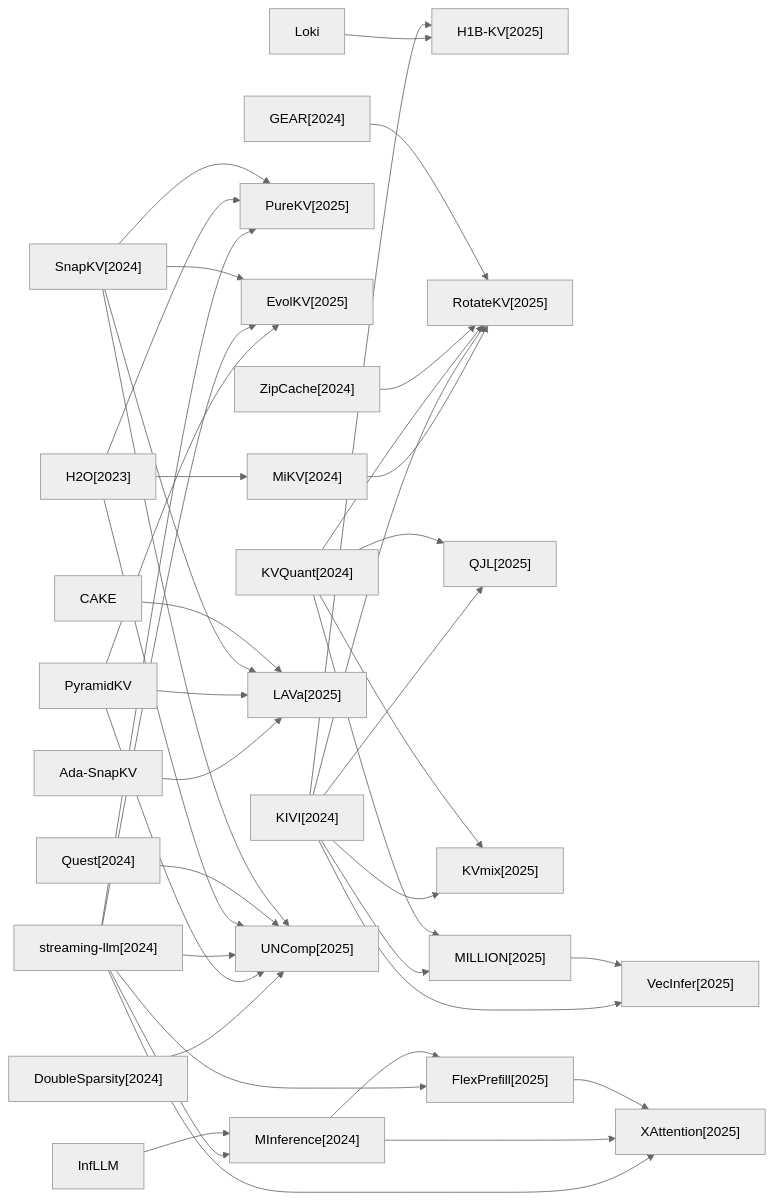
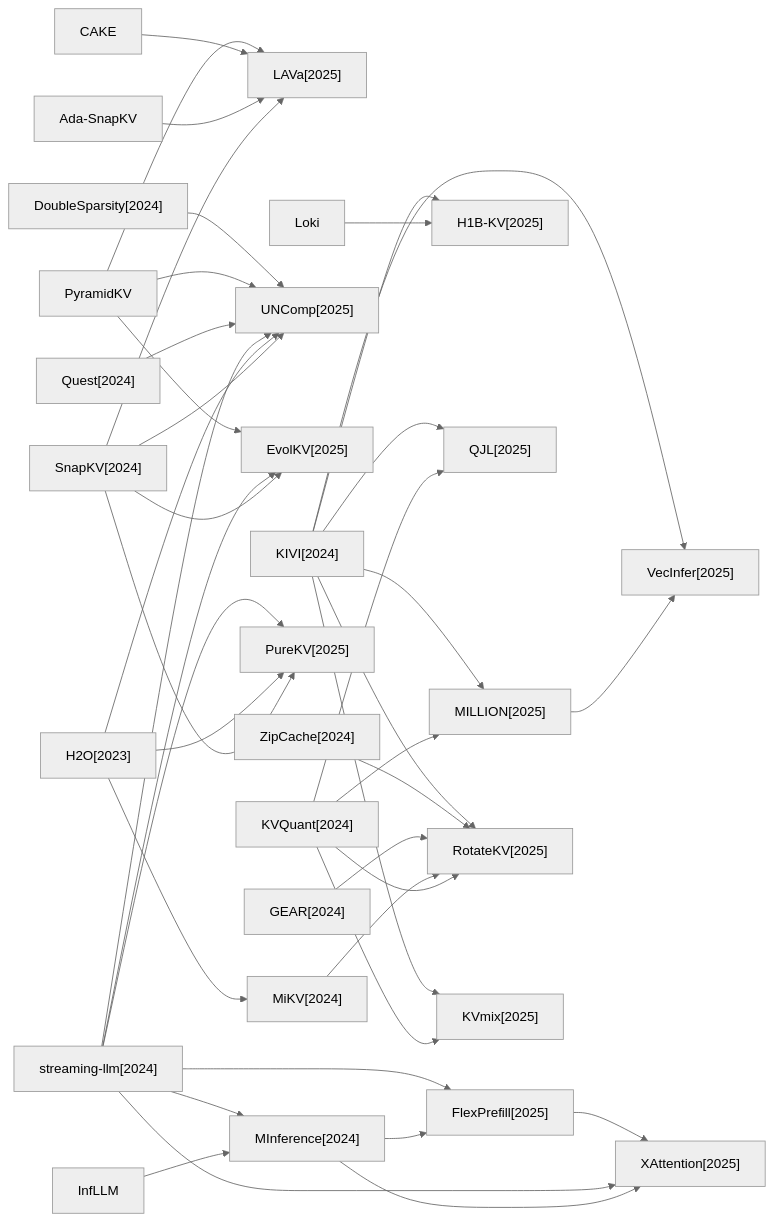
The fourth of 5 diagrams in docs/baseline_methods_graph.md (hustzxd/EfficientPaper), drawn with Mermaid (neutral theme) before and after one commit. The commit also changed other lines of this file and 15 other files, not shown here.

````diff
--- a/docs/baseline_methods_graph.md
+++ b/docs/baseline_methods_graph.md
@@ -57,70 +57,70 @@
 ```mermaid
 flowchart LR
-    Loki["Loki"]
-    2024_MiKV["MiKV[2024]"]
-    Ada_SnapKV["Ada-SnapKV"]
-    2025_PureKV["PureKV[2025]"]
     2024_DoubleSparsity["DoubleSparsity[2024]"]
+    2025_LAVa["LAVa[2025]"]
+    PyramidKV["PyramidKV"]
+    2024_KIVI["KIVI[2024]"]
+    CAKE["CAKE"]
+    2025_XAttention["XAttention[2025]"]
+    2024_Quest["Quest[2024]"]
+    2025_UNComp["UNComp[2025]"]
+    2025_FlexPrefill["FlexPrefill[2025]"]
     2025_EvolKV["EvolKV[2025]"]
     2025_H1B_KV["H1B-KV[2025]"]
+    2025_QJL["QJL[2025]"]
+    2025_MILLION["MILLION[2025]"]
+    2025_VecInfer["VecInfer[2025]"]
+    2024_streaming_llm["streaming-llm[2024]"]
     2025_RotateKV["RotateKV[2025]"]
-    2024_KIVI["KIVI[2024]"]
-    PyramidKV["PyramidKV"]
-    2024_streaming_llm["streaming-llm[2024]"]
+    Loki["Loki"]
+    2025_PureKV["PureKV[2025]"]
+    2024_ZipCache["ZipCache[2024]"]
+    2024_MInference["MInference[2024]"]
+    InfLLM["InfLLM"]
+    2025_KVmix["KVmix[2025]"]
+    Ada_SnapKV["Ada-SnapKV"]
+    2024_GEAR["GEAR[2024]"]
+    2023_H2O["H2O[2023]"]
+    2024_MiKV["MiKV[2024]"]
     2024_KVQuant["KVQuant[2024]"]
-    2024_ZipCache["ZipCache[2024]"]
-    2025_QJL["QJL[2025]"]
-    2025_XAttention["XAttention[2025]"]
-    2025_VecInfer["VecInfer[2025]"]
-    2023_H2O["H2O[2023]"]
-    2025_LAVa["LAVa[2025]"]
-    2024_Quest["Quest[2024]"]
     2024_SnapKV["SnapKV[2024]"]
-    2024_GEAR["GEAR[2024]"]
-    2025_KVmix["KVmix[2025]"]
-    InfLLM["InfLLM"]
-    CAKE["CAKE"]
-    2025_UNComp["UNComp[2025]"]
-    2024_MInference["MInference[2024]"]
-    2025_MILLION["MILLION[2025]"]
-    2025_FlexPrefill["FlexPrefill[2025]"]
-    Loki --> 2025_H1B_KV
-    2024_MiKV --> 2025_RotateKV
-    Ada_SnapKV --> 2025_LAVa
     2024_DoubleSparsity --> 2025_UNComp
+    PyramidKV --> 2025_UNComp
+    PyramidKV --> 2025_EvolKV
+    PyramidKV --> 2025_LAVa
     2024_KIVI --> 2025_KVmix
     2024_KIVI --> 2025_MILLION
     2024_KIVI --> 2025_VecInfer
     2024_KIVI --> 2025_QJL
     2024_KIVI --> 2025_H1B_KV
     2024_KIVI --> 2025_RotateKV
-    PyramidKV --> 2025_UNComp
-    PyramidKV --> 2025_EvolKV
-    PyramidKV --> 2025_LAVa
+    CAKE --> 2025_LAVa
+    2024_Quest --> 2025_UNComp
+    2025_FlexPrefill --> 2025_XAttention
+    2025_MILLION --> 2025_VecInfer
     2024_streaming_llm --> 2025_UNComp
     2024_streaming_llm --> 2025_EvolKV
     2024_streaming_llm --> 2025_FlexPrefill
     2024_streaming_llm --> 2025_XAttention
     2024_streaming_llm --> 2025_PureKV
     2024_streaming_llm --> 2024_MInference
+    Loki --> 2025_H1B_KV
+    2024_ZipCache --> 2025_RotateKV
+    2024_MInference --> 2025_FlexPrefill
+    2024_MInference --> 2025_XAttention
+    InfLLM --> 2024_MInference
+    Ada_SnapKV --> 2025_LAVa
+    2024_GEAR --> 2025_RotateKV
+    2023_H2O --> 2025_UNComp
+    2023_H2O --> 2025_PureKV
+    2023_H2O --> 2024_MiKV
+    2024_MiKV --> 2025_RotateKV
     2024_KVQuant --> 2025_KVmix
     2024_KVQuant --> 2025_MILLION
     2024_KVQuant --> 2025_QJL
     2024_KVQuant --> 2025_RotateKV
-    2024_ZipCache --> 2025_RotateKV
-    2023_H2O --> 2025_UNComp
-    2023_H2O --> 2025_PureKV
-    2023_H2O --> 2024_MiKV
-    2024_Quest --> 2025_UNComp
     2024_SnapKV --> 2025_UNComp
     2024_SnapKV --> 2025_EvolKV
     2024_SnapKV --> 2025_LAVa
     2024_SnapKV --> 2025_PureKV
-    2024_GEAR --> 2025_RotateKV
-    InfLLM --> 2024_MInference
-    CAKE --> 2025_LAVa
-    2024_MInference --> 2025_FlexPrefill
-    2024_MInference --> 2025_XAttention
-    2025_MILLION --> 2025_VecInfer
-    2025_FlexPrefill --> 2025_XAttention
 ```
````
